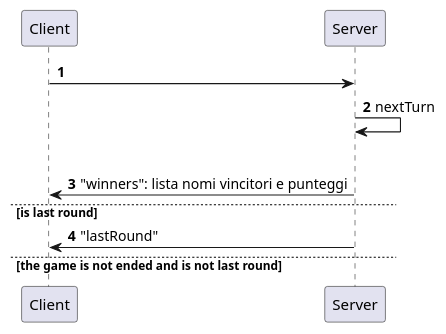
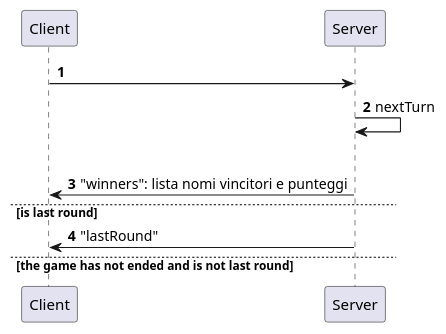
One commit to dltmtt/IS23-AM13 changed the diagram in docs/Official Sequence Diagram/CheckGameStatus.puml. Above: the diagram before and after it, drawn with PlantUML. The commit also changed 3 other files, not shown here.

```diff
--- a/docs/Official Sequence Diagram/CheckGameStatus.puml
+++ b/docs/Official Sequence Diagram/CheckGameStatus.puml
@@ -1,16 +1,16 @@
 @startuml
 'https://plantuml.com/sequence-diagram
 
 autonumber
 
 Client -> Server:
 Server->Server: nextTurn
 alt game is ended
 Server->Client: "winners": lista nomi vincitori e punteggi
 else is last round
 Server->Client: "lastRound"
 'poi è come in game phase
-else the game is not ended and is not last round
+else the game has not ended and is not last round
 'come in game phase
 else
 @enduml
```
